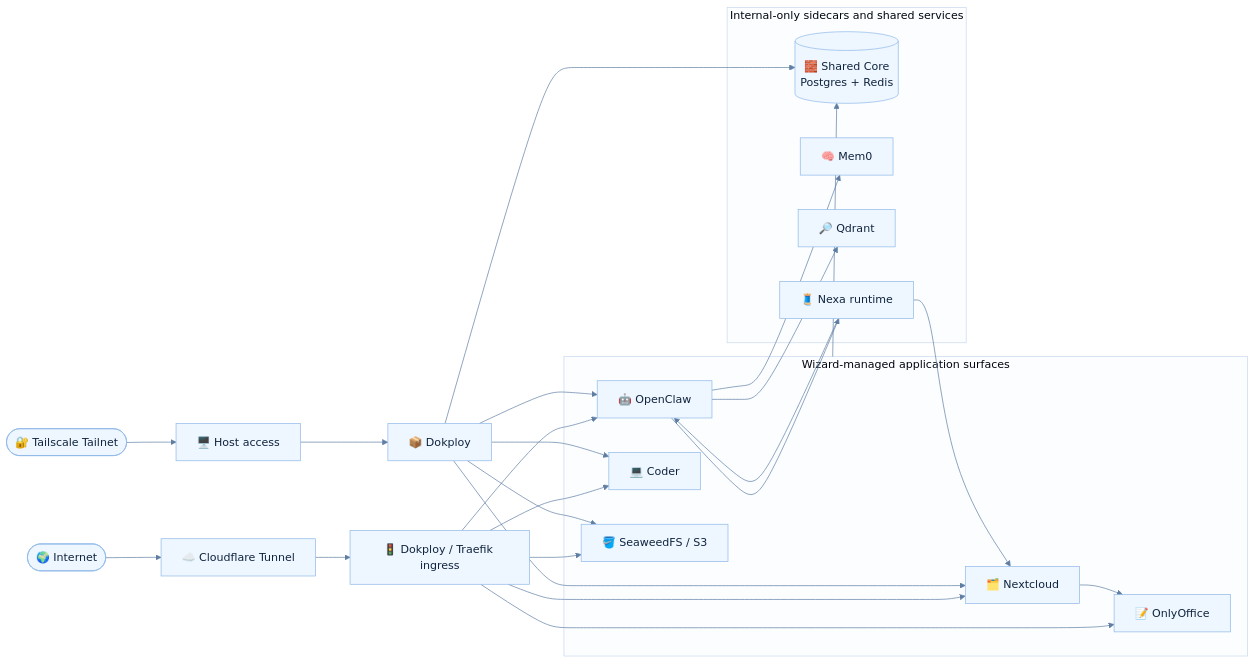
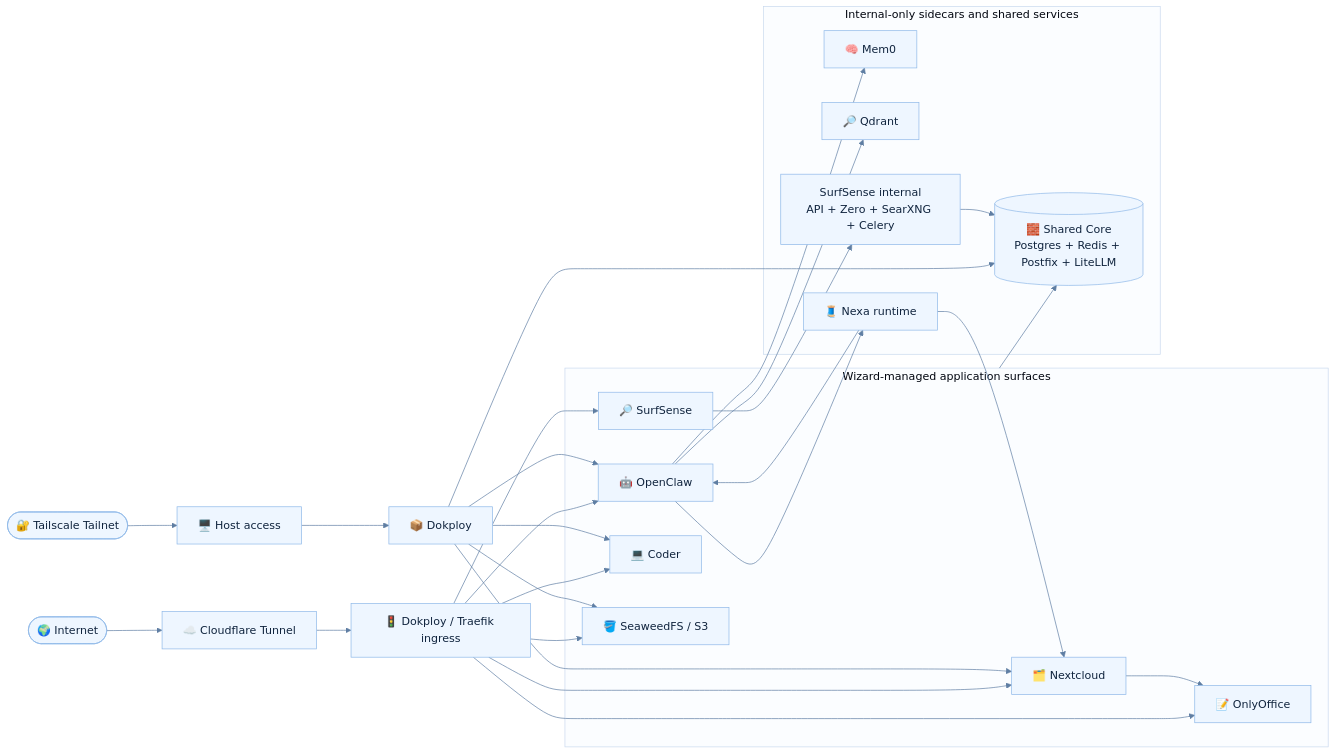
The first of 3 diagrams in README.md (borealBytes/dokploy-wizard), drawn with Mermaid before and after one commit. The commit also changed other lines of this file, not shown here.

Commit message:
docs(readme): document surfsense and shared core

````diff
--- a/README.md
+++ b/README.md
@@ -38,56 +41,61 @@
 ```mermaid
 %%{init: {
   "theme": "base",
   "themeVariables": {
     "primaryColor": "#eef6ff",
     "primaryTextColor": "#10243e",
     "primaryBorderColor": "#8eb8e8",
     "lineColor": "#5f7ea3",
     "secondaryColor": "#f7f9fc",
     "tertiaryColor": "#fffaf0",
     "clusterBkg": "#fbfdff",
     "clusterBorder": "#c9d9ee",
     "fontFamily": "Inter, ui-sans-serif, system-ui, sans-serif"
   }
 }}%%
 flowchart LR
     Internet([🌍 Internet]) --> CF[☁️ Cloudflare Tunnel]
     CF --> Traefik[🚦 Dokploy / Traefik ingress]
 
     Tailnet([🔐 Tailscale Tailnet]) --> Host[🖥️ Host access]
     Host --> Dokploy[📦 Dokploy]
 
     subgraph Apps[Wizard-managed application surfaces]
       OpenClaw[🤖 OpenClaw]
       Nextcloud[🗂️ Nextcloud]
       OnlyOffice[📝 OnlyOffice]
+      SurfSense[🔎 SurfSense]
       Coder[💻 Coder]
       Seaweed[🪣 SeaweedFS / S3]
     end
 
     subgraph Internal[Internal-only sidecars and shared services]
-      Shared[(🧱 Shared Core\nPostgres + Redis)]
+      Shared[(🧱 Shared Core\nPostgres + Redis + Postfix + LiteLLM)]
       Mem0[🧠 Mem0]
       Qdrant[🔎 Qdrant]
       NexaRuntime[🧵 Nexa runtime]
+      SurfSenseInternal[SurfSense internal\nAPI + Zero + SearXNG + Celery]
     end
 
     Traefik --> OpenClaw
     Traefik --> Nextcloud
     Traefik --> OnlyOffice
+    Traefik --> SurfSense
     Traefik --> Coder
     Traefik --> Seaweed
     Dokploy --> Shared
     Dokploy --> OpenClaw
     Dokploy --> Nextcloud
     Dokploy --> Coder
     Dokploy --> Seaweed
 
     OpenClaw --> Mem0
     OpenClaw --> Qdrant
     OpenClaw --> NexaRuntime
     NexaRuntime --> OpenClaw
     NexaRuntime --> Nextcloud
+    SurfSense --> SurfSenseInternal
+    SurfSenseInternal --> Shared
     Nextcloud --> OnlyOffice
     Apps --> Shared
 ```
````
